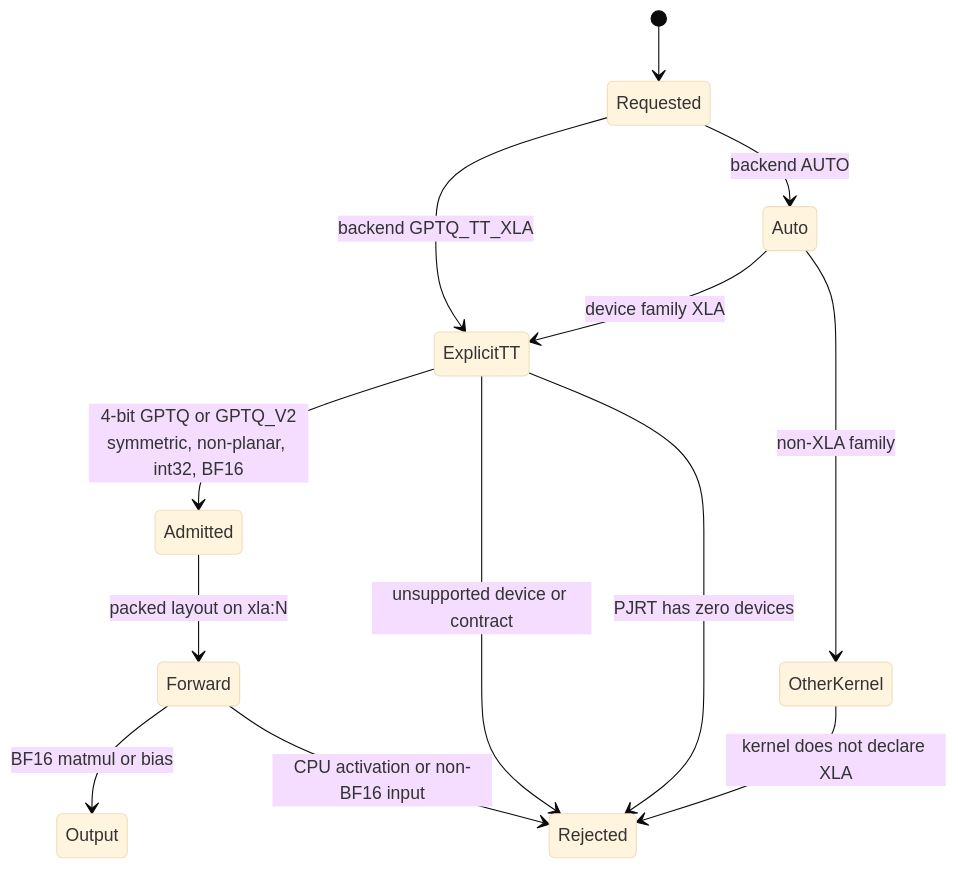
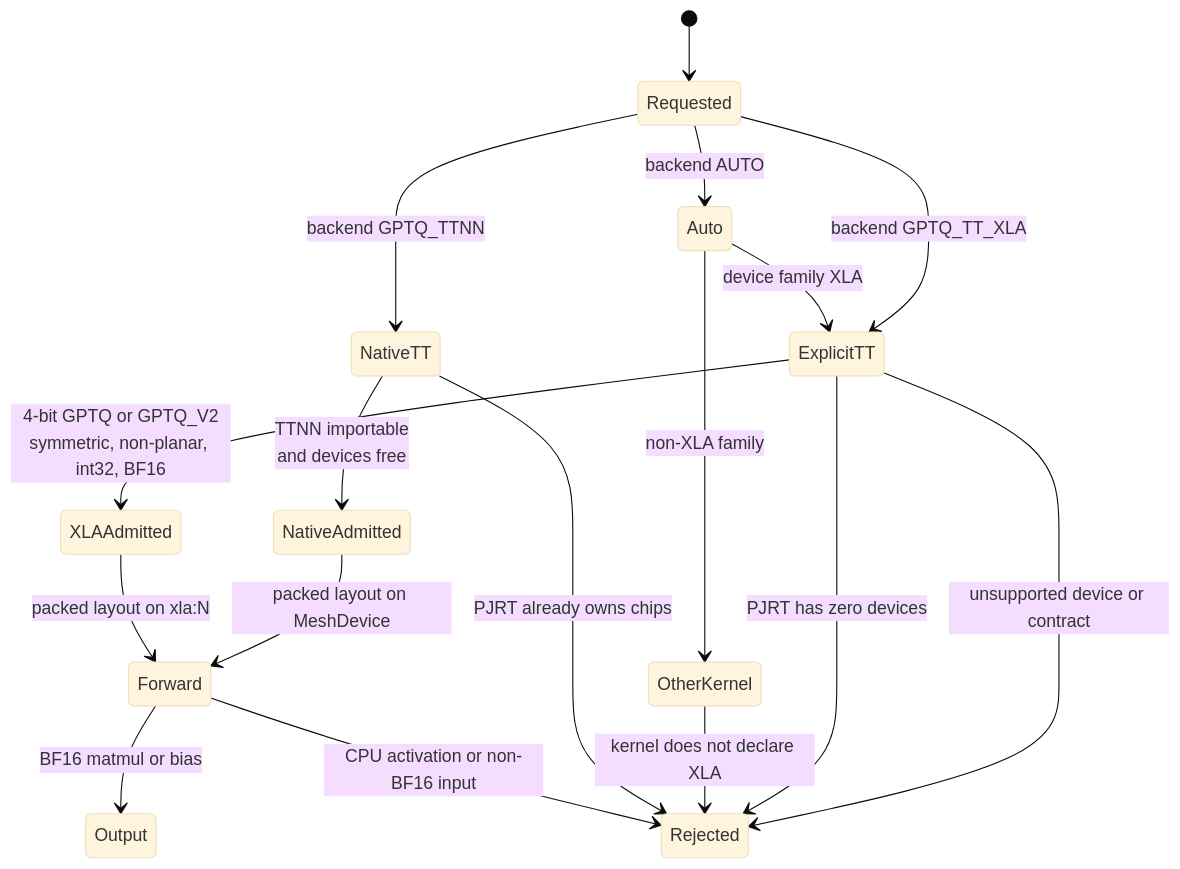
One commit to ModelCloud/GPTQModel changed the sixth of 6 diagrams in docs/tenstorrent.md. Above: the diagram before and after it, drawn with Mermaid (base theme). The commit also changed other lines of this file and 9 other files, not shown here.

First line of the commit message:
feat(tenstorrent): add native TTNN dequant+matmul kernel and mesh TP

````diff
--- a/docs/tenstorrent.md
+++ b/docs/tenstorrent.md
@@ -134,18 +300,22 @@
 ```mermaid
 stateDiagram-v2
     [*] --> Requested
     Requested --> ExplicitTT: backend GPTQ_TT_XLA
     Requested --> Auto: backend AUTO
     Auto --> ExplicitTT: device family XLA
     Auto --> OtherKernel: non-XLA family
-    ExplicitTT --> Admitted: 4-bit GPTQ or GPTQ_V2<br/>symmetric, non-planar, int32, BF16
+    ExplicitTT --> XLAAdmitted: 4-bit GPTQ or GPTQ_V2<br/>symmetric, non-planar, int32, BF16
     ExplicitTT --> Rejected: unsupported device or contract
     ExplicitTT --> Rejected: PJRT has zero devices
     OtherKernel --> Rejected: kernel does not declare XLA
-    Admitted --> Forward: packed layout on xla:N
+    Requested --> NativeTT: backend GPTQ_TTNN
+    NativeTT --> NativeAdmitted: TTNN importable<br/>and devices free
+    NativeTT --> Rejected: PJRT already owns chips
+    NativeAdmitted --> Forward: packed layout on MeshDevice
+    XLAAdmitted --> Forward: packed layout on xla:N
     Forward --> Output: BF16 matmul or bias
     Forward --> Rejected: CPU activation or non-BF16 input
 
     classDef bad fill:#fee2e2,stroke:#b91c1c,color:#7f1d1d;
     class Rejected bad;
 ```
````
